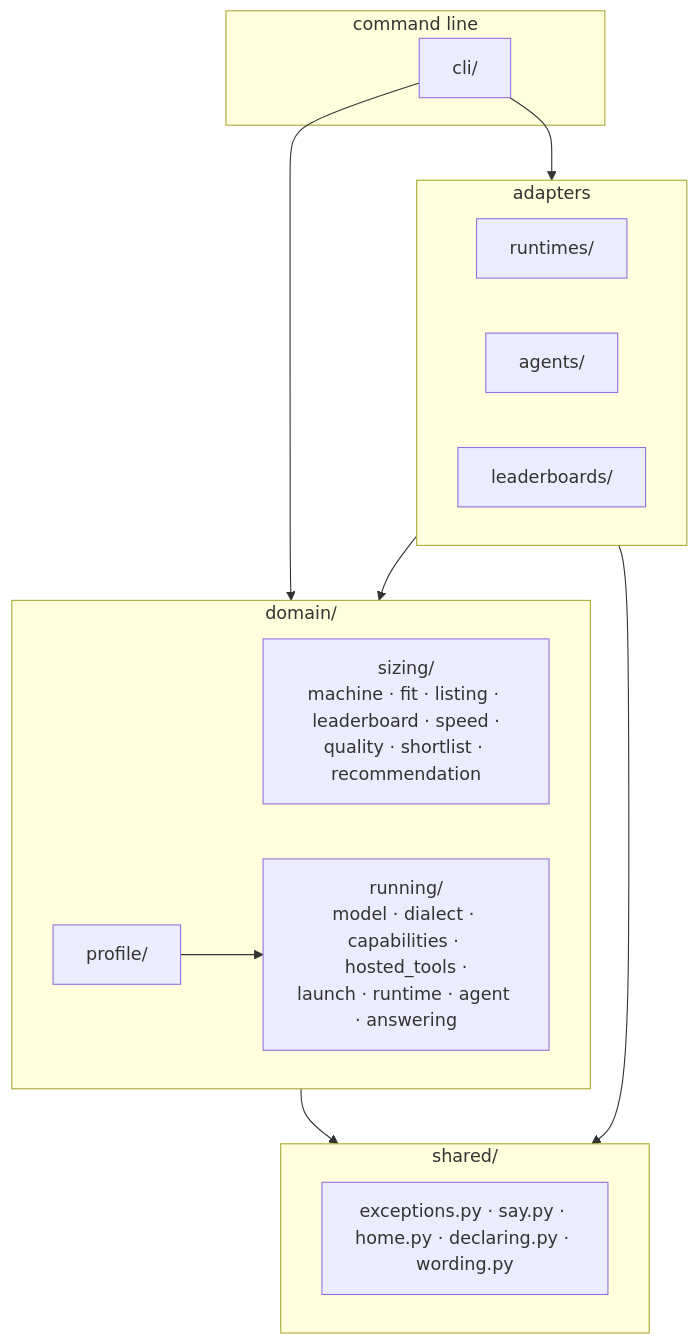
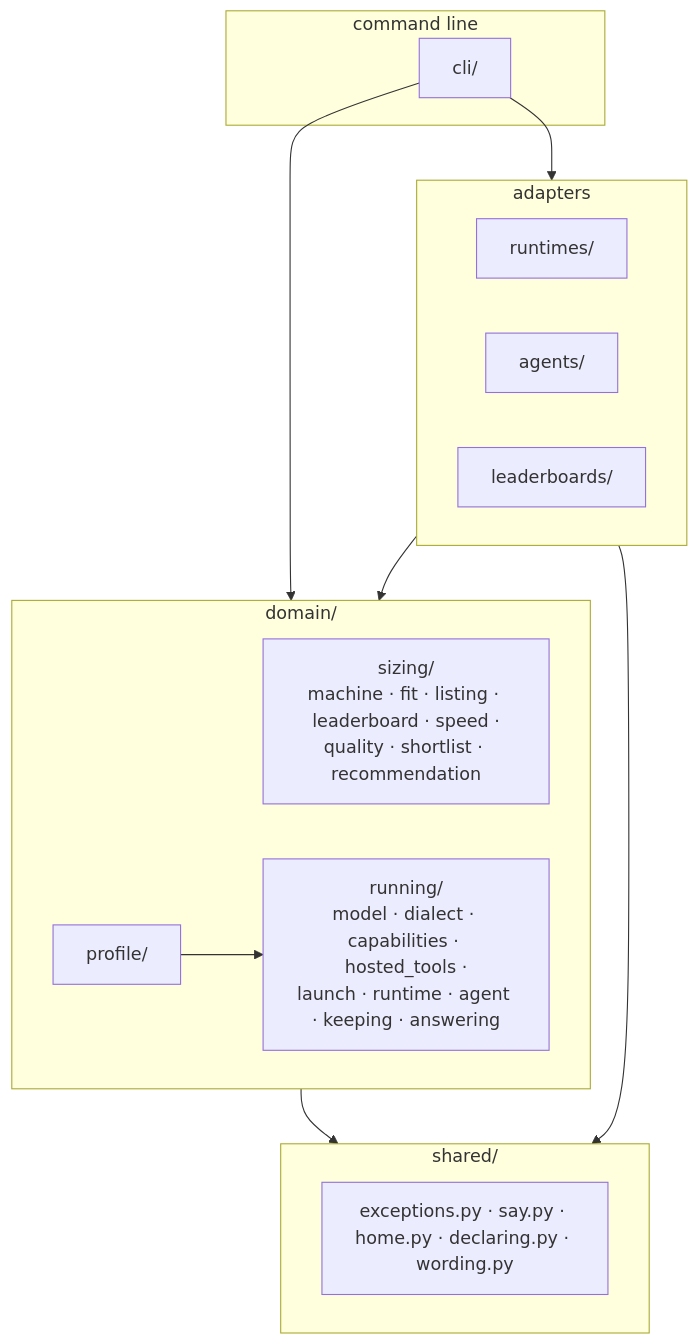
Before and after one commit to pvardanis/offgrid: the first of 3 diagrams in docs/architecture.md, drawn with Mermaid. The commit also changed other lines of this file and 16 other files, not shown here.

````diff
--- a/docs/architecture.md
+++ b/docs/architecture.md
@@ -13,26 +13,26 @@
 ```mermaid
 flowchart TD
     subgraph cmd [command line]
         cli["cli/"]
     end
     subgraph adapters [adapters]
         rt["runtimes/"]
         ag["agents/"]
         lb["leaderboards/"]
     end
     subgraph domain ["domain/"]
         sizing["sizing/<br/>machine · fit · listing · leaderboard · speed ·<br/>quality · shortlist · recommendation"]
-        running["running/<br/>model · dialect · capabilities · hosted_tools ·<br/>launch · runtime · agent · answering"]
+        running["running/<br/>model · dialect · capabilities · hosted_tools ·<br/>launch · runtime · agent · keeping · answering"]
         profile["profile/"]
     end
     subgraph shared ["shared/"]
         sh["exceptions.py · say.py · home.py · declaring.py · wording.py"]
     end
 
     cli --> adapters
     cli --> domain
     adapters --> domain
     domain --> shared
     adapters --> shared
     profile --> running
 ```
````
